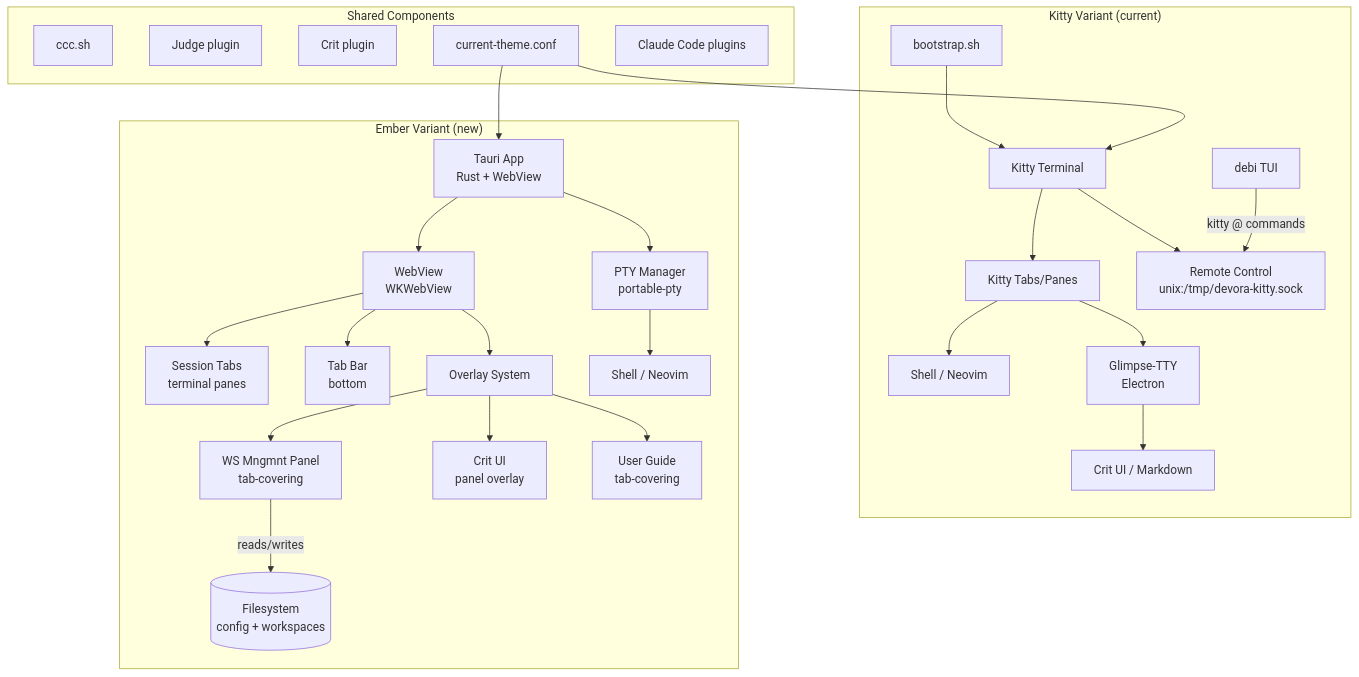
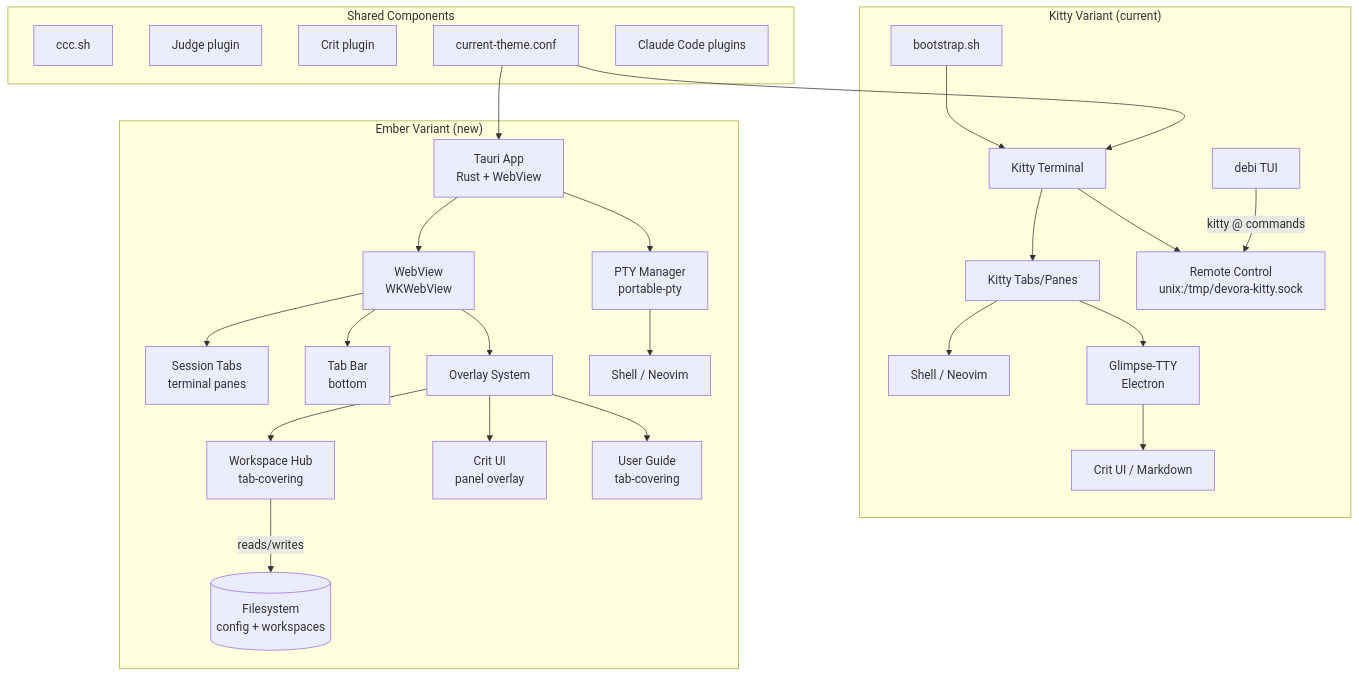
The first of 5 diagrams in project-ember/docs/PLAN.md (TalAmuyal/Devora), drawn with Mermaid before and after one commit. The commit also changed other lines of this file and 32 other files, not shown here.

````diff
--- a/project-ember/docs/PLAN.md
+++ b/project-ember/docs/PLAN.md
@@ -59,36 +59,36 @@
 ```mermaid
 graph TB
     subgraph "Kitty Variant (current)"
         KB[bootstrap.sh] --> KT[Kitty Terminal]
         KT --> KTabs[Kitty Tabs/Panes]
         KT --> KRC[Remote Control<br/>unix:/tmp/devora-kitty.sock]
         KTabs --> Shell1[Shell / Neovim]
         KTabs --> GT[Glimpse-TTY<br/>Electron]
         GT --> WebContent1[Crit UI / Markdown]
         DK[debi TUI] -->|kitty @ commands| KRC
     end
 
     subgraph "Ember Variant (new)"
         TA[Tauri App<br/>Rust + WebView] --> WV[WebView<br/>WKWebView]
         TA --> PTY[PTY Manager<br/>portable-pty]
         WV --> ST[Session Tabs<br/>terminal panes]
         WV --> TabUI[Tab Bar<br/>bottom]
         WV --> OVR[Overlay System]
-        OVR --> WSUI[WS Mngmnt Panel<br/>tab-covering]
+        OVR --> WSUI[Workspace Hub<br/>tab-covering]
         OVR --> CritOvr[Crit UI<br/>panel overlay]
         OVR --> UG[User Guide<br/>tab-covering]
         PTY --> Shell2[Shell / Neovim]
         WSUI -->|reads/writes| FS[(Filesystem<br/>config + workspaces)]
     end
 
     subgraph "Shared Components"
         CCC[ccc.sh]
         JUDGE[Judge plugin]
         CRIT[Crit plugin]
         THEME[current-theme.conf]
         CC[Claude Code plugins]
     end
 
     THEME --> KT
     THEME --> TA
 ```
````
